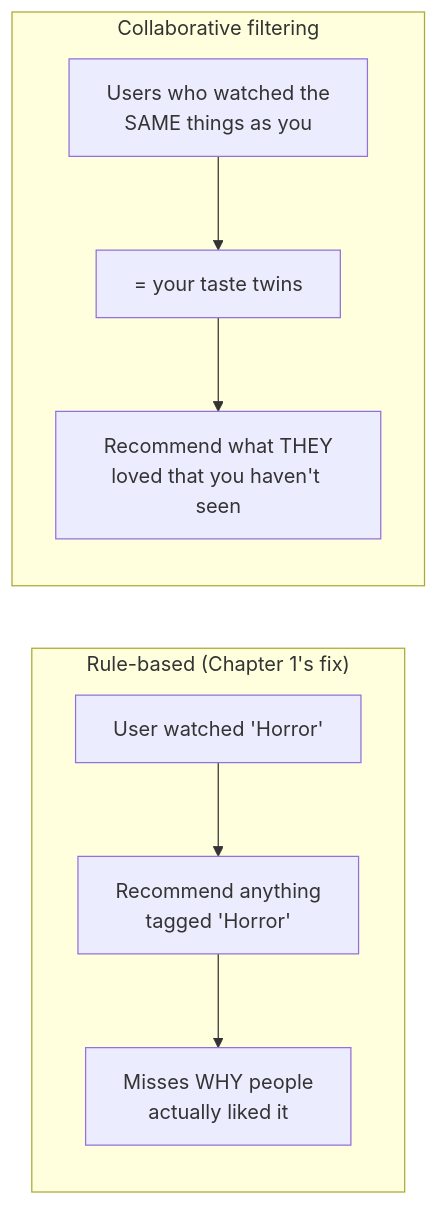
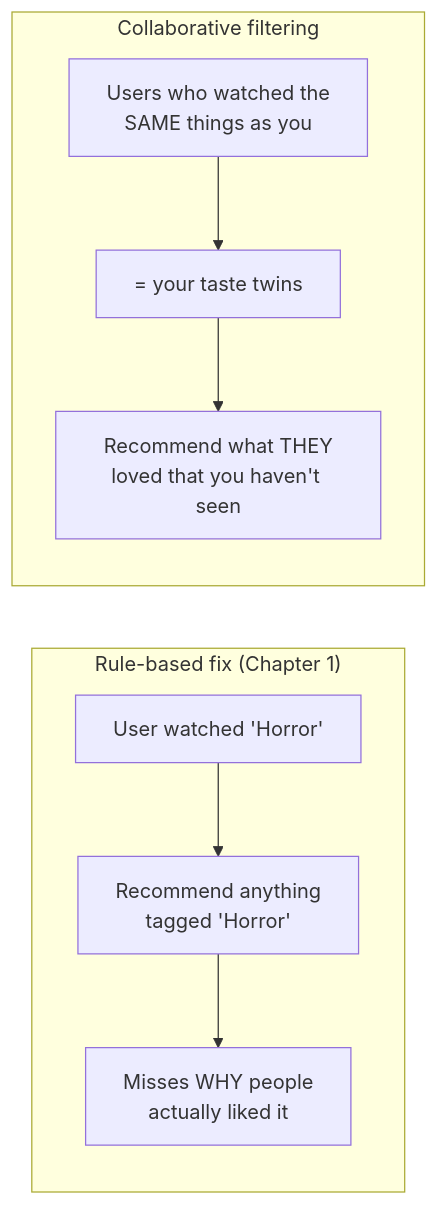
One commit to riyaz-pasha/Learnings changed the second of 15 diagrams in system-design/HLD/0-course/59-Design-a-Recommendation-Engine-Netflix-YouTube-FAANG-Guide-story.md. Above: the diagram before and after it, drawn with Mermaid. The commit also changed other lines of this file and 1 other file, not shown here.

Commit message:
[REWRITE] Recommendation Engine story guide: simplify prose, add structure, fix diagrams

````diff
--- a/system-design/HLD/0-course/59-Design-a-Recommendation-Engine-Netflix-YouTube-FAANG-Guide-story.md
+++ b/system-design/HLD/0-course/59-Design-a-Recommendation-Engine-Netflix-YouTube-FAANG-Guide-story.md
@@ -43,11 +128,11 @@
 ```mermaid
 flowchart LR
-    subgraph Rules["Rule-based (Chapter 1's fix)"]
-        R1["User watched 'Horror'"] --> R2["Recommend anything\ntagged 'Horror'"]
-        R2 --> R3["Misses WHY people\nactually liked it"]
+    subgraph Rules["Rule-based fix (Chapter 1)"]
+        R1["User watched 'Horror'"] --> R2["Recommend anything<br/>tagged 'Horror'"]
+        R2 --> R3["Misses WHY people<br/>actually liked it"]
     end
     subgraph CF["Collaborative filtering"]
-        C1["Users who watched the\nSAME things as you"] --> C2["= your taste twins"]
-        C2 --> C3["Recommend what THEY\nloved that you haven't seen"]
+        C1["Users who watched the<br/>SAME things as you"] --> C2["= your taste twins"]
+        C2 --> C3["Recommend what THEY<br/>loved that you haven't seen"]
     end
 ```
````
